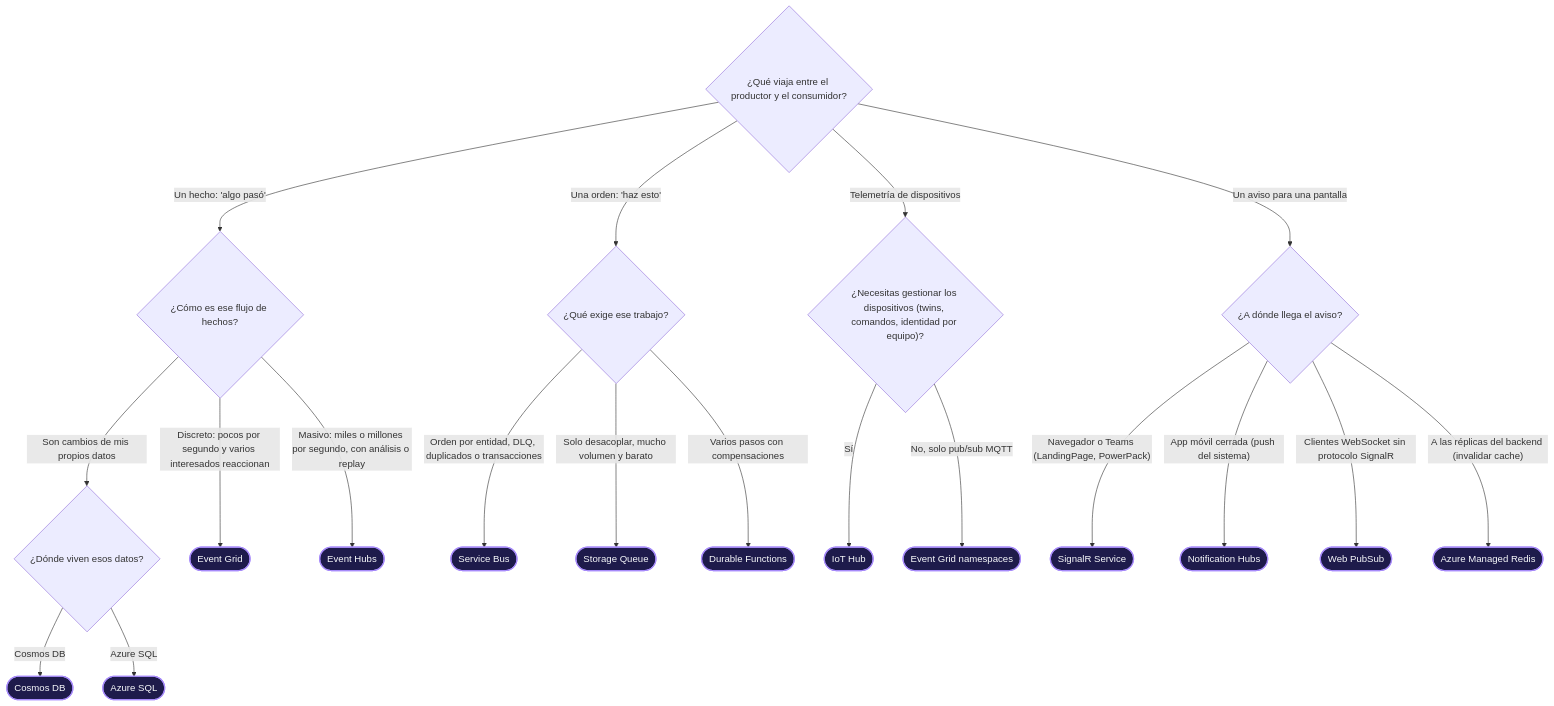
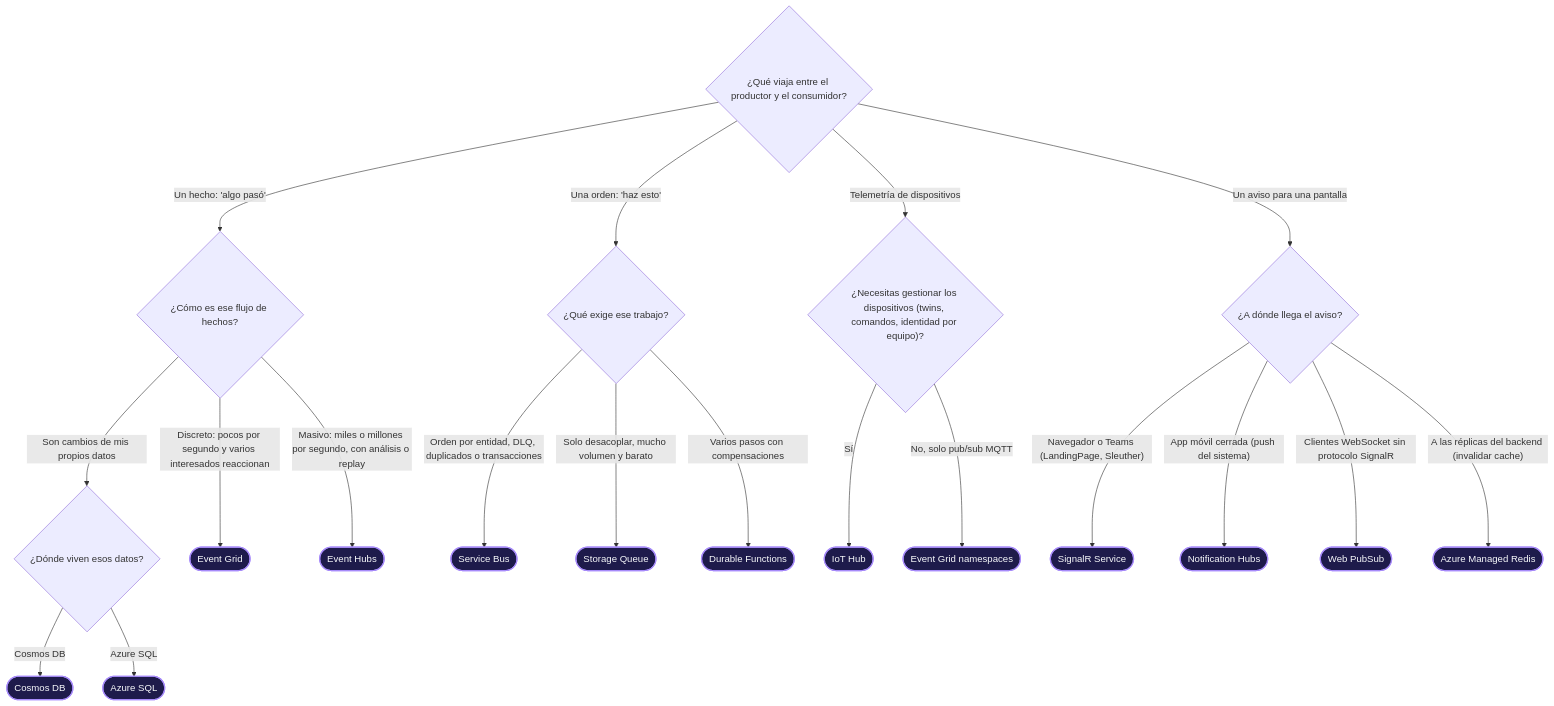
The diagram in docs/13-guia-de-decision.md (CristianSifuentes/QuickTheoryNET), drawn with Mermaid before and after one commit. The commit also changed other lines of this file and 17 other files, not shown here.

First line of the commit message:
Rename the PowerPack project to Sleuther

````diff
--- a/docs/13-guia-de-decision.md
+++ b/docs/13-guia-de-decision.md
@@ -7,33 +7,33 @@
 ```mermaid
 flowchart TD
     Q_start{"¿Qué viaja entre el productor y el consumidor?"}
     Q_fact{"¿Cómo es ese flujo de hechos?"}
     Q_data{"¿Dónde viven esos datos?"}
     Q_cmd{"¿Qué exige ese trabajo?"}
     Q_iot{"¿Necesitas gestionar los dispositivos (twins, comandos, identidad por equipo)?"}
     Q_ui{"¿A dónde llega el aviso?"}
     Q_start -->|"Un hecho: 'algo pasó'"| Q_fact
     Q_start -->|"Una orden: 'haz esto'"| Q_cmd
     Q_start -->|"Telemetría de dispositivos"| Q_iot
     Q_start -->|"Un aviso para una pantalla"| Q_ui
     Q_fact -->|"Discreto: pocos por segundo y varios interesados reaccionan"| R_eventgrid_fact(["Event Grid"]):::B
     Q_fact -->|"Masivo: miles o millones por segundo, con análisis o replay"| R_eventhubs_fact(["Event Hubs"]):::B
     Q_fact -->|"Son cambios de mis propios datos"| Q_data
     Q_data -->|"Cosmos DB"| R_cosmos_data(["Cosmos DB"]):::B
     Q_data -->|"Azure SQL"| R_sql_data(["Azure SQL"]):::B
     Q_cmd -->|"Orden por entidad, DLQ, duplicados o transacciones"| R_servicebus_cmd(["Service Bus"]):::B
     Q_cmd -->|"Solo desacoplar, mucho volumen y barato"| R_storagequeue_cmd(["Storage Queue"]):::B
     Q_cmd -->|"Varios pasos con compensaciones"| R_durable_cmd(["Durable Functions"]):::B
     Q_iot -->|"Sí"| R_iothub_iot(["IoT Hub"]):::B
     Q_iot -->|"No, solo pub/sub MQTT"| R_egns_iot(["Event Grid namespaces"]):::B
-    Q_ui -->|"Navegador o Teams (LandingPage, PowerPack)"| R_signalr_ui(["SignalR Service"]):::B
+    Q_ui -->|"Navegador o Teams (LandingPage, Sleuther)"| R_signalr_ui(["SignalR Service"]):::B
     Q_ui -->|"App móvil cerrada (push del sistema)"| R_notifhubs_ui(["Notification Hubs"]):::B
     Q_ui -->|"Clientes WebSocket sin protocolo SignalR"| R_webpubsub_ui(["Web PubSub"]):::B
     Q_ui -->|"A las réplicas del backend (invalidar cache)"| R_redis_ui(["Azure Managed Redis"]):::B
     classDef P fill:#042F2E,stroke:#2DD4BF,color:#F8FAFC,stroke-width:2px
     classDef B fill:#1E1B4B,stroke:#A78BFA,color:#F8FAFC,stroke-width:2px
     classDef C fill:#3B1D0A,stroke:#FB923C,color:#F8FAFC,stroke-width:2px
     classDef D fill:#0C2744,stroke:#60A5FA,color:#F8FAFC,stroke-width:2px
     classDef S fill:#1A2E05,stroke:#A3E635,color:#F8FAFC,stroke-width:2px
     classDef X fill:#1E293B,stroke:#94A3B8,color:#F8FAFC,stroke-width:2px
 ```
````
